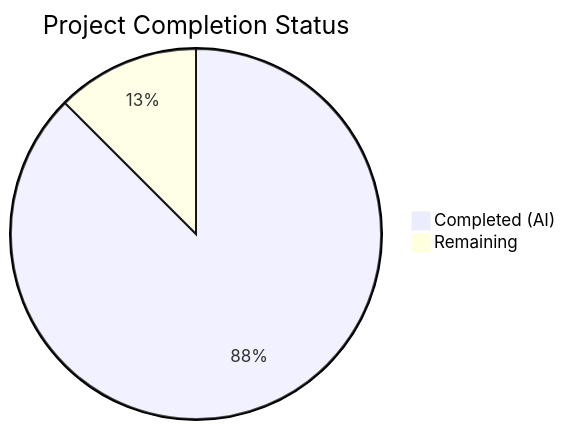
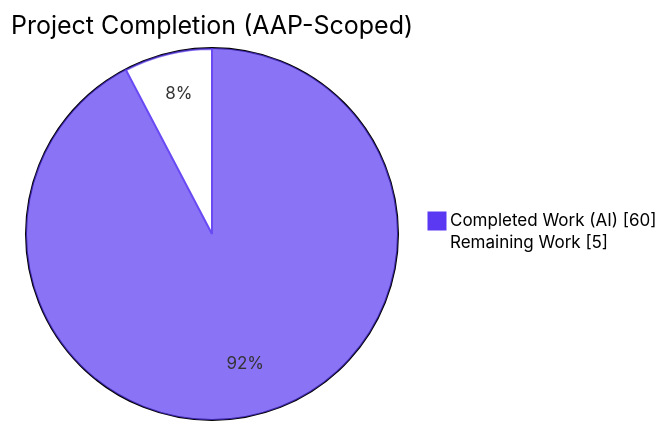
The first of 4 diagrams in blitzy/documentation/Project Guide.md (Sandeep01Kumar/09-March-existing-projects-qa-test-2), drawn with Mermaid before and after one commit. The commit also changed other lines of this file, not shown here.

Commit message:
Adding Blitzy Project Guide: Project Status and Human Tasks Remaining

````diff
--- a/blitzy/documentation/Project Guide.md
+++ b/blitzy/documentation/Project Guide.md
@@ -22,5 +15,6 @@
 ```mermaid
-pie title Project Completion Status
-    "Completed (AI)" : 7
-    "Remaining" : 1
+%%{init: {'themeVariables': {'pie1': '#5B39F3', 'pie2': '#FFFFFF', 'pieStrokeColor': '#5B39F3', 'pieOuterStrokeWidth': '2px'}}}%%
+pie showData title Project Completion (AAP-Scoped)
+    "Completed Work (AI)" : 60
+    "Remaining Work" : 5
 ```
````
